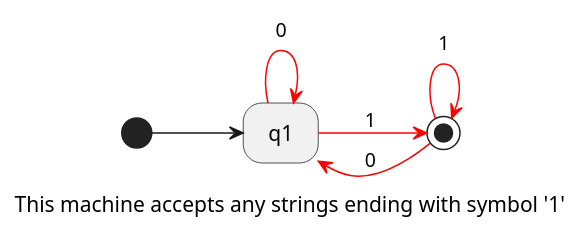
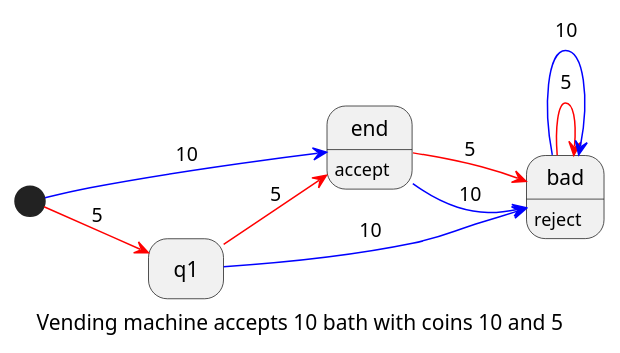
Before and after one commit to soyart/notes: the first of 7 diagrams in pages/Finite state automata.md, drawn with PlantUML. The commit also changed other lines of this file and 5 other files, not shown here.

```diff
--- a/pages/Finite state automata.md
+++ b/pages/Finite state automata.md
@@ -29,17 +10,20 @@
 			  @startuml
-			  caption This machine accepts any strings ending with symbol '1'
 			  left to right direction
 			  hide empty description
 			  
+			  caption Vending machine accepts 10 bath with coins 10 and 5
+			  
 			  state start <<start>>
-			  state q2 <<end>>
+			  state end: accept
+			  state bad: reject
 			  
-			  start --> q1
-			  
-			  q1-[#red]->q1: 0
-			  q1-[#red]->q2: 1
-			  
-			  q2-[#red]->q1: 0
-			  q2-[#red]->q2: 1
+			  start -[#blue]-> end: 10
+			  start -[#red]-> q1: 5
+			  q1-[#red]->end: 5
+			  q1-[#blue]->bad: 10
+			  bad-[#red]->bad: 5
+			  bad-[#blue]->bad: 10
+			  end-[#red]->bad: 5
+			  end-[#blue]->bad: 10
 			  
 			  @enduml
```
